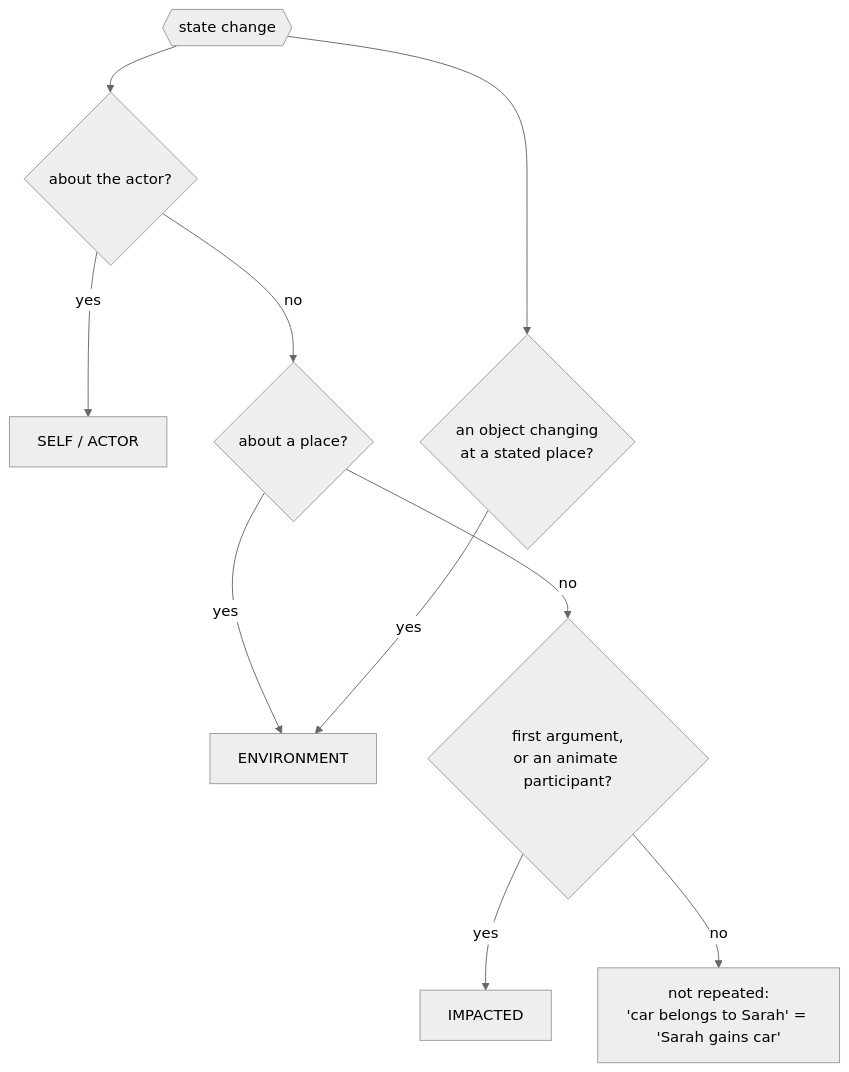
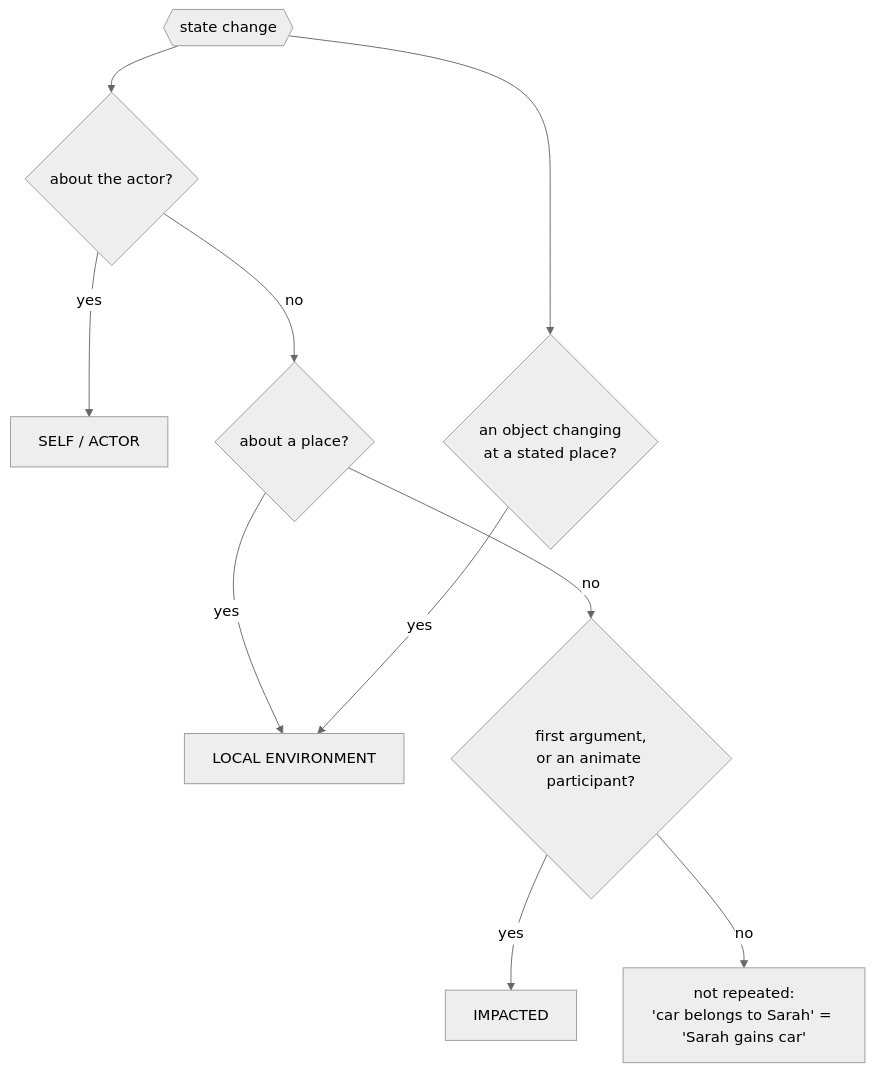
Before and after one commit to Sherlock2019/ACM: the sixth of 13 diagrams in README.md, drawn with Mermaid (neutral theme). The commit also changed other lines of this file and 11 other files, not shown here.

First line of the commit message:
Add environment consequence layers and start.sh launcher

````diff
--- a/README.md
+++ b/README.md
@@ -270,12 +343,12 @@
 ```mermaid
 flowchart TD
   F{{state change}} --> Q1{about the actor?}
   Q1 -- yes --> ACT[SELF / ACTOR]
   Q1 -- no --> Q2{about a place?}
-  Q2 -- yes --> ENV[ENVIRONMENT]
+  Q2 -- yes --> ENV[LOCAL ENVIRONMENT]
   Q2 -- no --> Q3{first argument,<br/>or an animate participant?}
   Q3 -- yes --> IMPD[IMPACTED]
   Q3 -- no --> SKIP[not repeated:<br/>'car belongs to Sarah' = 'Sarah gains car']
   F --> Q4{an object changing<br/>at a stated place?}
   Q4 -- yes --> ENV
 ```
````
